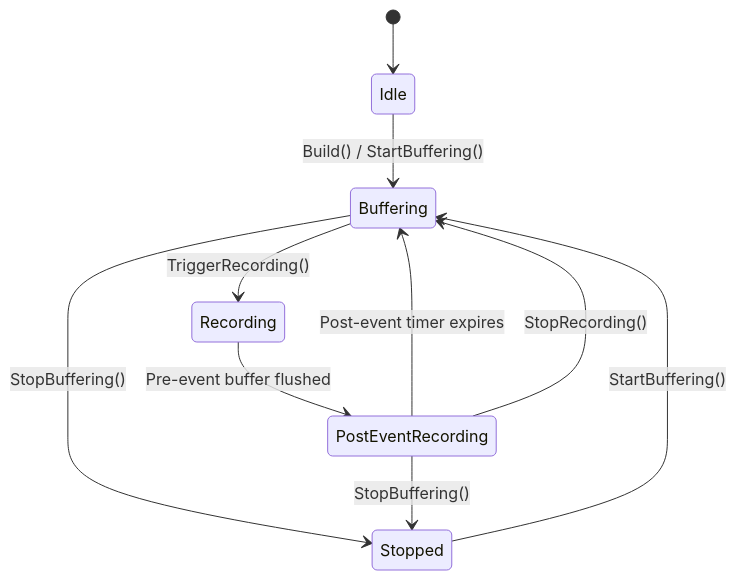
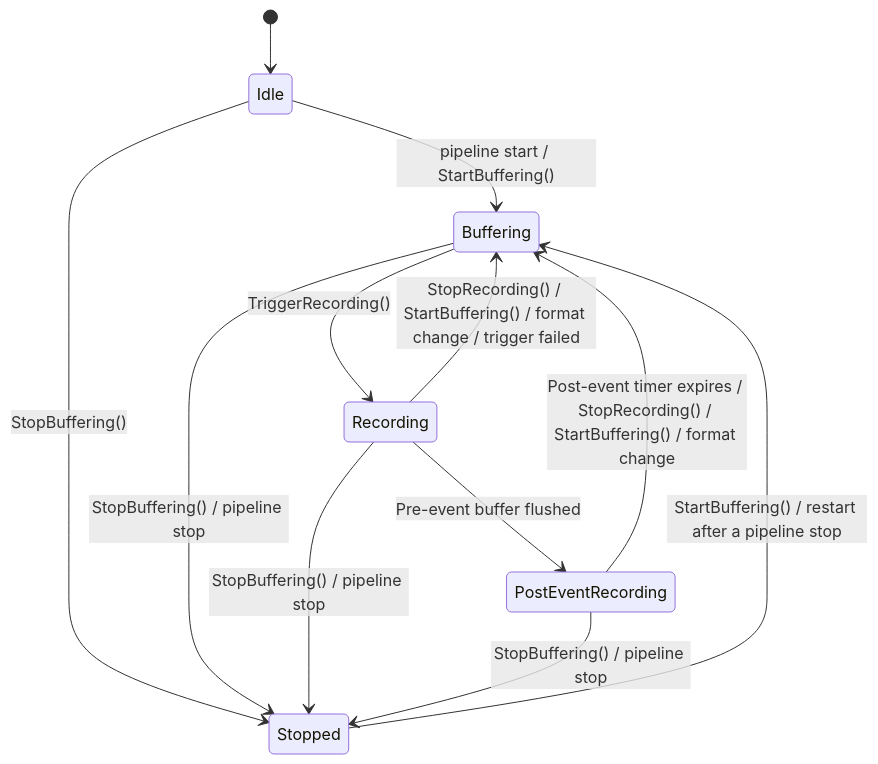
The first of 3 diagrams in dotnet/mediablocks/Outputs/pre-event-recording.es.md (visioforge/help), drawn with Mermaid before and after one commit. The commit also changed other lines of this file and 48 other files, not shown here.

````diff
--- a/dotnet/mediablocks/Outputs/pre-event-recording.es.md
+++ b/dotnet/mediablocks/Outputs/pre-event-recording.es.md
@@ -84,12 +84,14 @@
 ```mermaid
 stateDiagram-v2
     [*] --> Idle
-    Idle --> Buffering : Build() / StartBuffering()
+    Idle --> Buffering : pipeline start / StartBuffering()
     Buffering --> Recording : TriggerRecording()
     Recording --> PostEventRecording : Pre-event buffer flushed
-    PostEventRecording --> Buffering : Post-event timer expires
-    PostEventRecording --> Buffering : StopRecording()
-    Buffering --> Stopped : StopBuffering()
-    PostEventRecording --> Stopped : StopBuffering()
-    Stopped --> Buffering : StartBuffering()
+    PostEventRecording --> Buffering : Post-event timer expires / StopRecording() / StartBuffering() / format change
+    Recording --> Buffering : StopRecording() / StartBuffering() / format change / trigger failed
+    Idle --> Stopped : StopBuffering()
+    Buffering --> Stopped : StopBuffering() / pipeline stop
+    Recording --> Stopped : StopBuffering() / pipeline stop
+    PostEventRecording --> Stopped : StopBuffering() / pipeline stop
+    Stopped --> Buffering : StartBuffering() / restart after a pipeline stop
 ```
````
